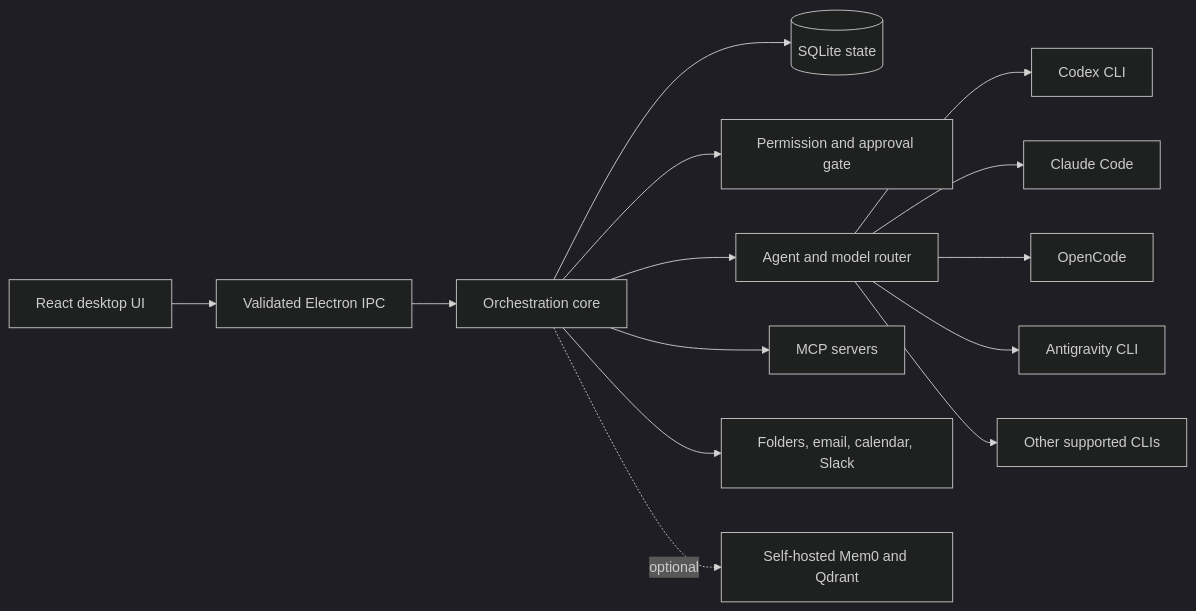
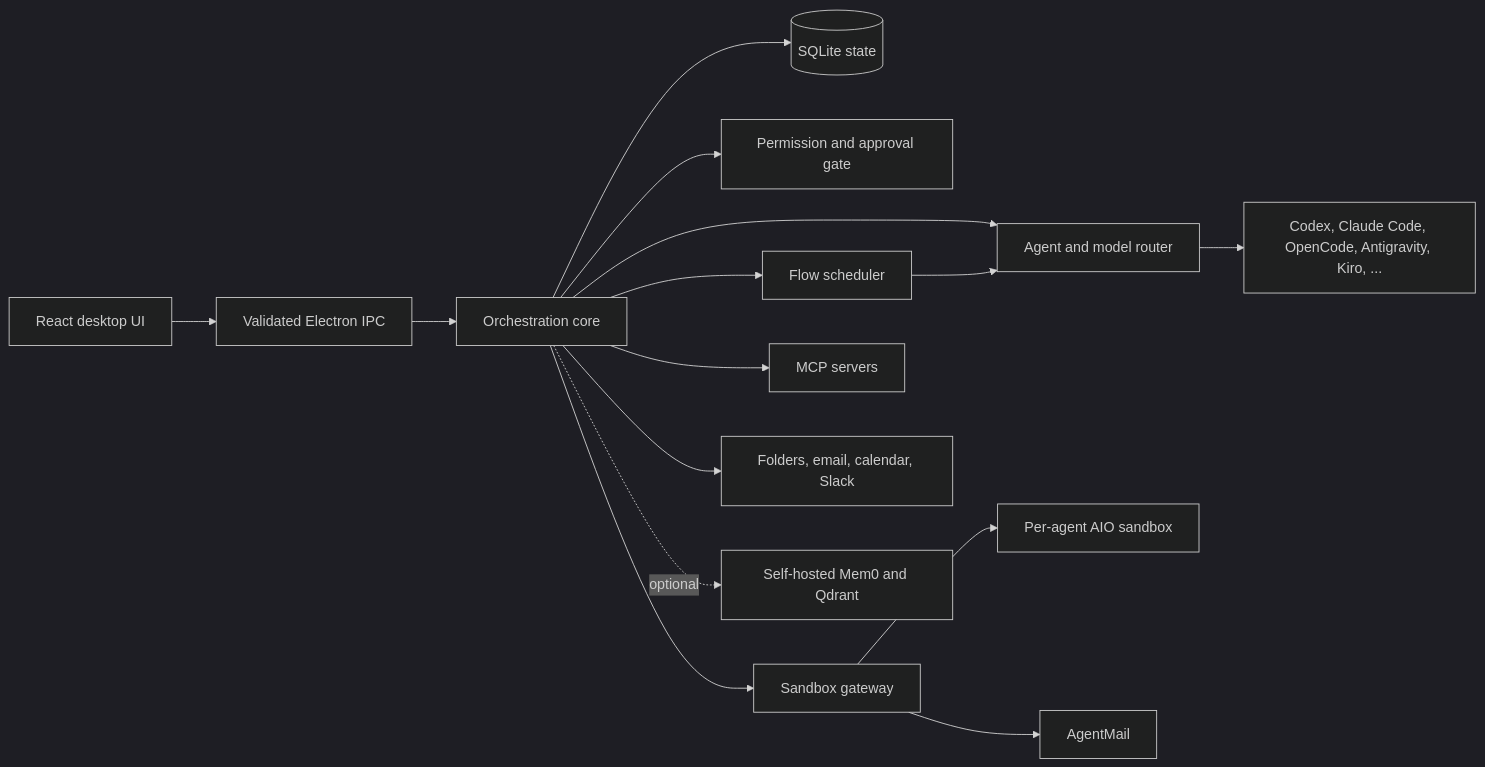
Before and after one commit to mgm152002/Conductor: the diagram in README.md, drawn with Mermaid (dark theme). The commit also changed other lines of this file, not shown here.

Commit message:
docs: update README for agents, sandboxes, flows, email, phone control and MCP sync

````diff
--- a/README.md
+++ b/README.md
@@ -83,16 +133,17 @@
 ```mermaid
 flowchart LR
   UI[React desktop UI] --> IPC[Validated Electron IPC]
   IPC --> CORE[Orchestration core]
   CORE --> STATE[(SQLite state)]
   CORE --> GATE[Permission and approval gate]
   CORE --> ROUTER[Agent and model router]
-  ROUTER --> CODEX[Codex CLI]
-  ROUTER --> CLAUDE[Claude Code]
-  ROUTER --> OPEN[OpenCode]
-  ROUTER --> AGY[Antigravity CLI]
-  ROUTER --> OTHER[Other supported CLIs]
+  ROUTER --> CLIS[Codex, Claude Code, OpenCode, Antigravity, Kiro, ...]
+  CORE --> FLOWS[Flow scheduler]
+  FLOWS --> ROUTER
+  CORE --> GATEWAY[Sandbox gateway]
+  GATEWAY --> SBX[Per-agent AIO sandbox]
+  GATEWAY --> MAIL[AgentMail]
   CORE --> MCP[MCP servers]
   CORE --> SOURCES[Folders, email, calendar, Slack]
   CORE -. optional .-> MEM0[Self-hosted Mem0 and Qdrant]
 ```
````
